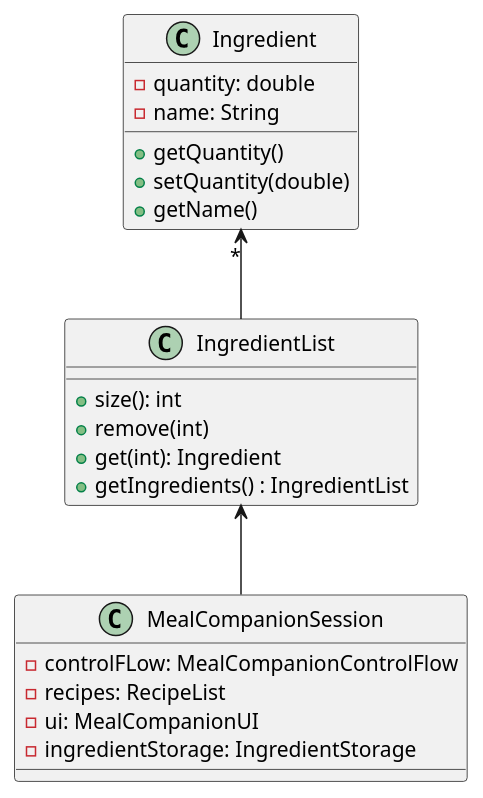
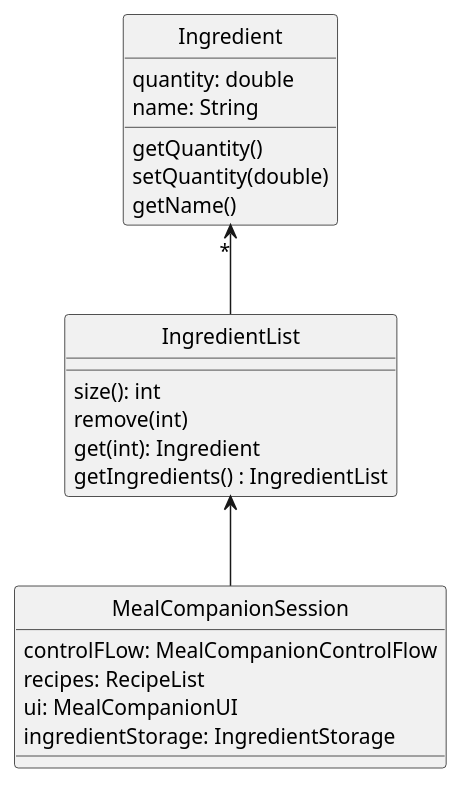
Before and after one commit to nus-cs2113-AY2223S2/tp: the diagram in docs/UML diagrams/Ingredients.puml, drawn with PlantUML.

Commit message:
Removed non standard UML notation from class diagram

```diff
--- a/docs/UML diagrams/Ingredients.puml
+++ b/docs/UML diagrams/Ingredients.puml
@@ -1,32 +1,33 @@
 @startuml
 'https://plantuml.com/class-diagram
 
 IngredientList <-- MealCompanionSession
 Ingredient "*" <-- IngredientList
+hide circle
 
 class Ingredient {
--quantity: double
--name: String
-+getQuantity()
-+setQuantity(double)
-+getName()
+quantity: double
+name: String
+getQuantity()
+setQuantity(double)
+getName()
 }
 
 class IngredientList {
 
-+size(): int
-+remove(int)
-+get(int): Ingredient
-+getIngredients() : IngredientList
+size(): int
+remove(int)
+get(int): Ingredient
+getIngredients() : IngredientList
 }
 
 Class MealCompanionSession {
-- controlFLow: MealCompanionControlFlow
-- recipes: RecipeList
-- ui: MealCompanionUI
-- ingredientStorage: IngredientStorage
+ controlFLow: MealCompanionControlFlow
+ recipes: RecipeList
+ ui: MealCompanionUI
+ ingredientStorage: IngredientStorage
 
 }
 
 
 @enduml
```
